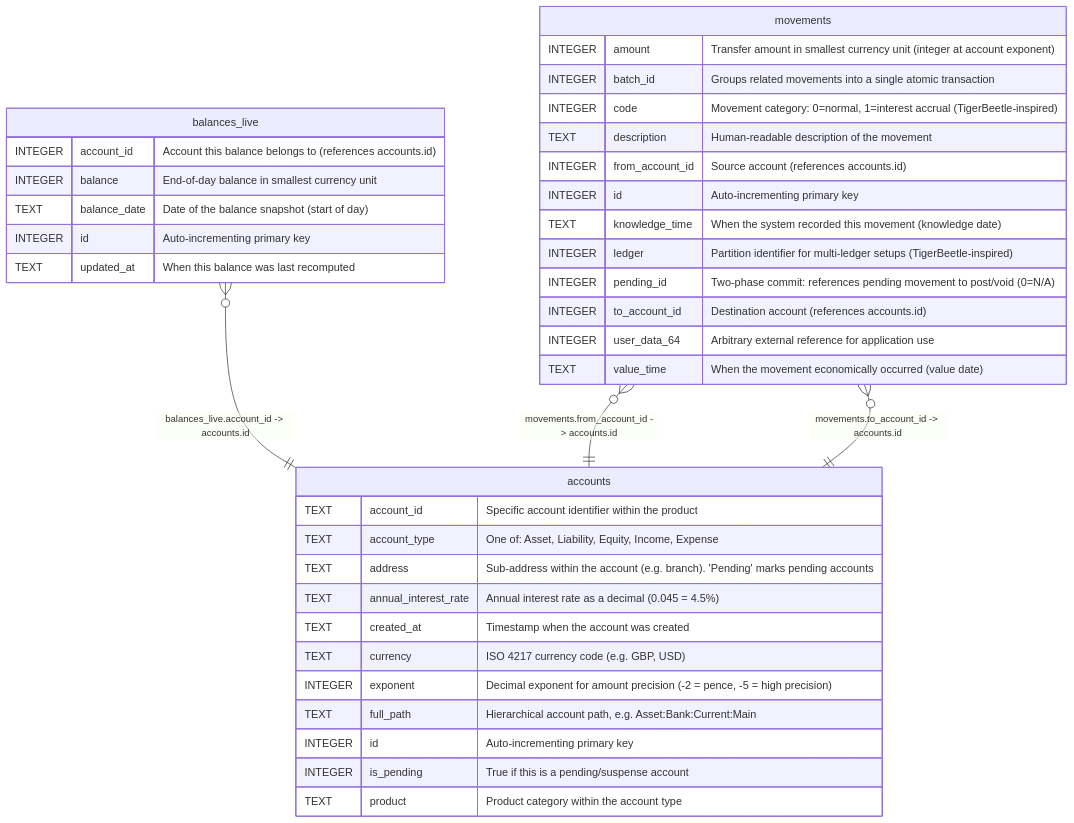
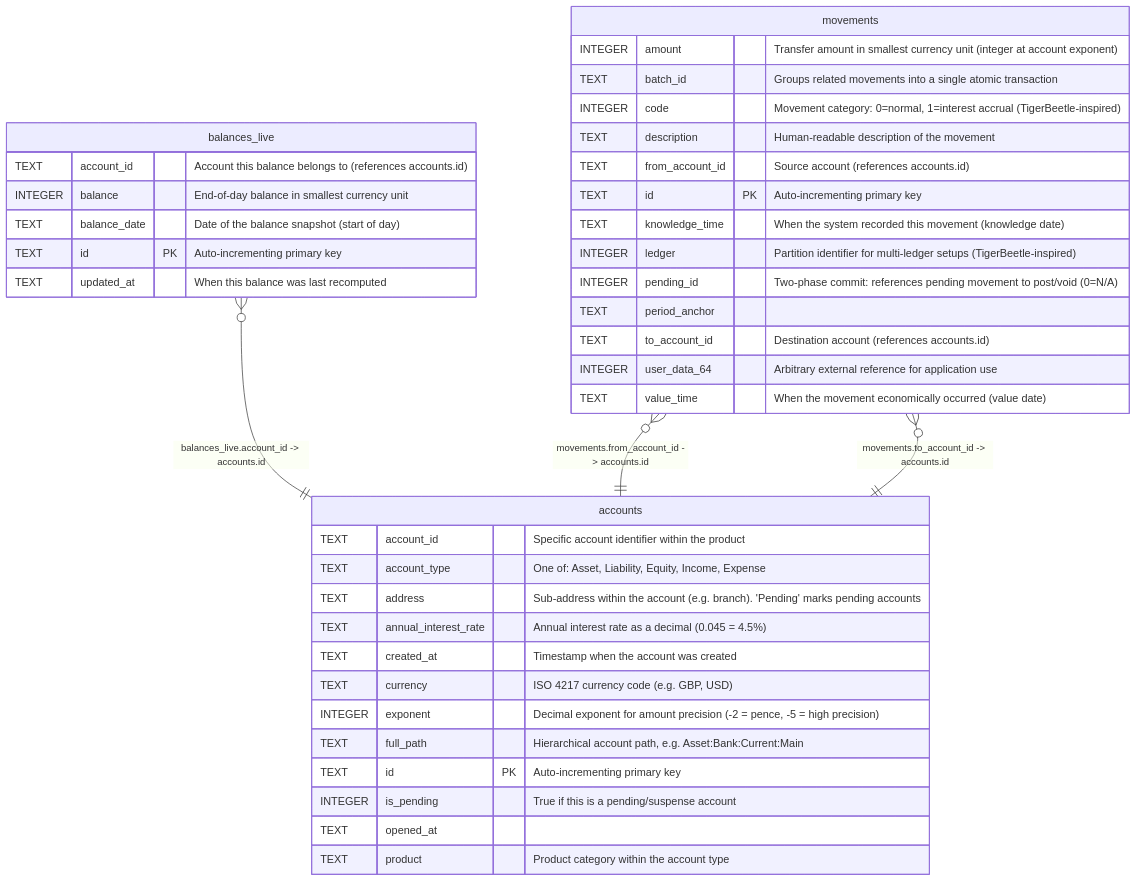
The diagram in docs/schema/accounts.md (drummonds/go-luca), drawn with Mermaid before and after one commit. The commit also changed other lines of this file and 29 other files, not shown here.

````diff
--- a/docs/schema/accounts.md
+++ b/docs/schema/accounts.md
@@ -60,42 +64,44 @@
 ```mermaid
 erDiagram
 
 "balances_live" }o--|| "accounts" : "balances_live.account_id -> accounts.id"
 "movements" }o--|| "accounts" : "movements.from_account_id -> accounts.id"
 "movements" }o--|| "accounts" : "movements.to_account_id -> accounts.id"
 
 "accounts" {
   TEXT account_id "Specific account identifier within the product"
   TEXT account_type "One of: Asset, Liability, Equity, Income, Expense"
   TEXT address "Sub-address within the account (e.g. branch). 'Pending' marks pending accounts"
   TEXT annual_interest_rate "Annual interest rate as a decimal (0.045 = 4.5%)"
   TEXT created_at "Timestamp when the account was created"
   TEXT currency "ISO 4217 currency code (e.g. GBP, USD)"
   INTEGER exponent "Decimal exponent for amount precision (-2 = pence, -5 = high precision)"
   TEXT full_path "Hierarchical account path, e.g. Asset:Bank:Current:Main"
-  INTEGER id "Auto-incrementing primary key"
+  TEXT id PK "Auto-incrementing primary key"
   INTEGER is_pending "True if this is a pending/suspense account"
+  TEXT opened_at ""
   TEXT product "Product category within the account type"
 }
 "balances_live" {
-  INTEGER account_id "Account this balance belongs to (references accounts.id)"
+  TEXT account_id "Account this balance belongs to (references accounts.id)"
   INTEGER balance "End-of-day balance in smallest currency unit"
   TEXT balance_date "Date of the balance snapshot (start of day)"
-  INTEGER id "Auto-incrementing primary key"
+  TEXT id PK "Auto-incrementing primary key"
   TEXT updated_at "When this balance was last recomputed"
 }
 "movements" {
   INTEGER amount "Transfer amount in smallest currency unit (integer at account exponent)"
-  INTEGER batch_id "Groups related movements into a single atomic transaction"
+  TEXT batch_id "Groups related movements into a single atomic transaction"
   INTEGER code "Movement category: 0=normal, 1=interest accrual (TigerBeetle-inspired)"
   TEXT description "Human-readable description of the movement"
-  INTEGER from_account_id "Source account (references accounts.id)"
-  INTEGER id "Auto-incrementing primary key"
+  TEXT from_account_id "Source account (references accounts.id)"
+  TEXT id PK "Auto-incrementing primary key"
   TEXT knowledge_time "When the system recorded this movement (knowledge date)"
   INTEGER ledger "Partition identifier for multi-ledger setups (TigerBeetle-inspired)"
   INTEGER pending_id "Two-phase commit: references pending movement to post/void (0=N/A)"
-  INTEGER to_account_id "Destination account (references accounts.id)"
+  TEXT period_anchor ""
+  TEXT to_account_id "Destination account (references accounts.id)"
   INTEGER user_data_64 "Arbitrary external reference for application use"
   TEXT value_time "When the movement economically occurred (value date)"
 }
 ```
````
